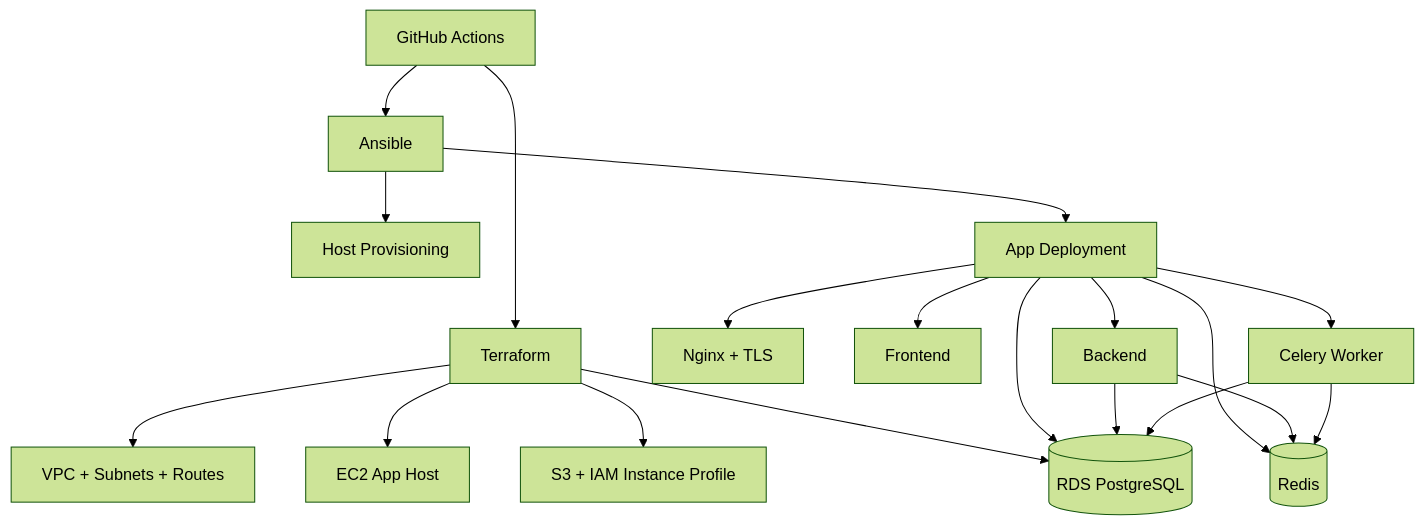
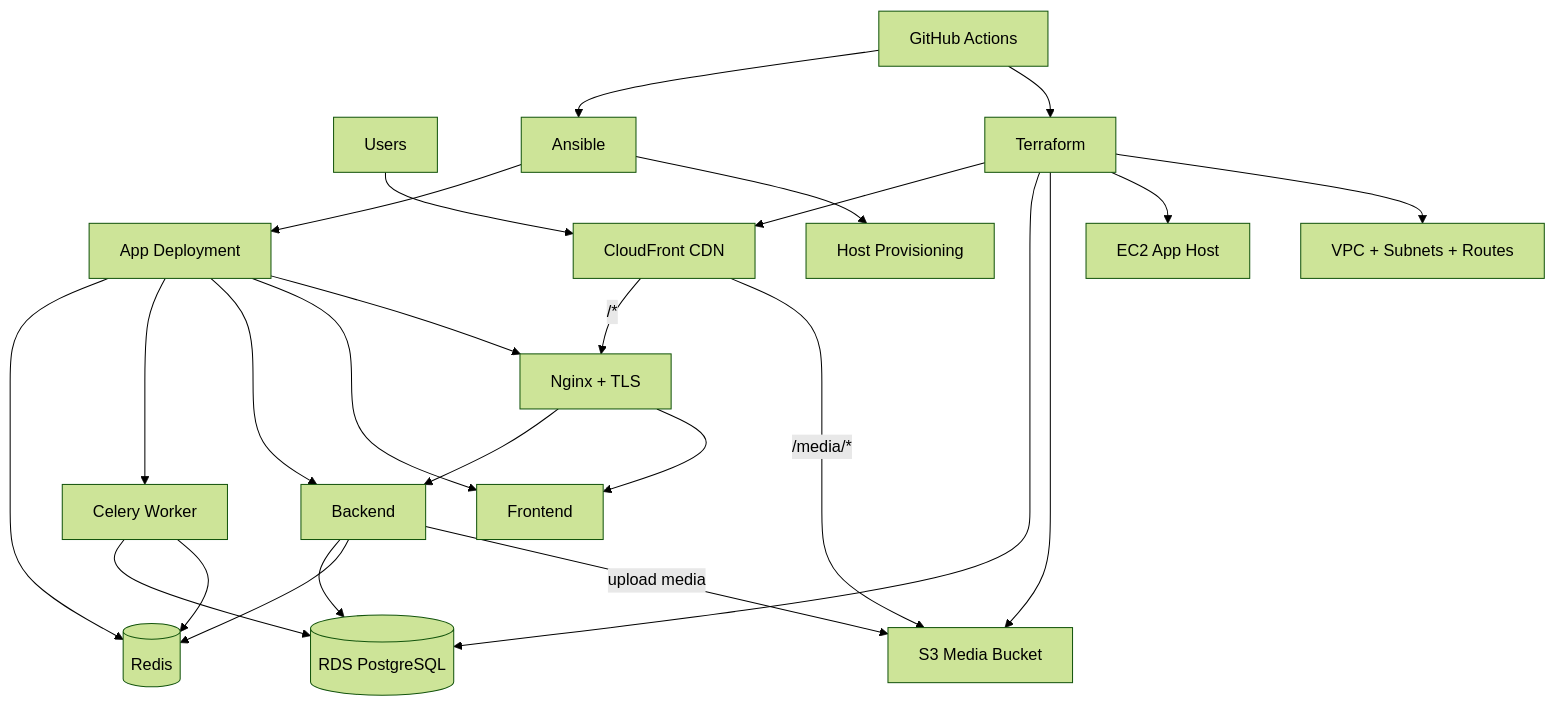
One commit to whatislavx/world-of-development-of-opportunities-and-change-infra changed the second of 3 diagrams in README.md. Above: the diagram before and after it, drawn with Mermaid (forest theme). The commit also changed other lines of this file and 23 other files, not shown here.

First line of the commit message:
feat(infra): implement CloudFront CDN with dual origins

````diff
--- a/README.md
+++ b/README.md
@@ -67,24 +69,31 @@
 ```mermaid
 flowchart TD
+    User[Users] --> CDN[CloudFront CDN]
+    CDN -->|"/media/*"| S3[S3 Media Bucket]
+    CDN -->|"/*"| NGINX[Nginx + TLS]
+    NGINX --> FE[Frontend]
+    NGINX --> BE[Backend]
+
     GH[GitHub Actions] --> TF[Terraform]
     GH --> ANS[Ansible]
 
     TF --> VPC[VPC + Subnets + Routes]
     TF --> EC2[EC2 App Host]
-    TF --> S3[S3 + IAM Instance Profile]
+    TF --> S3
     TF --> RDS[(RDS PostgreSQL)]
+    TF --> CDN
 
     ANS --> HOST[Host Provisioning]
     ANS --> DEPLOY[App Deployment]
 
-    DEPLOY --> NGINX[Nginx + TLS]
-    DEPLOY --> FE[Frontend]
-    DEPLOY --> BE[Backend]
+    DEPLOY --> NGINX
+    DEPLOY --> FE
+    DEPLOY --> BE
     DEPLOY --> CEL[Celery Worker]
     DEPLOY --> REDIS[(Redis)]
-    DEPLOY --> RDS[(RDS PostgreSQL)]
+    BE -->|upload media| S3
     BE --> REDIS
     CEL --> REDIS
     BE --> RDS
     CEL --> RDS
 ```
````
